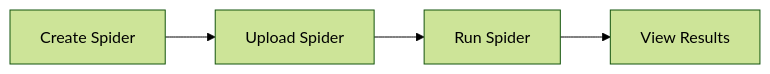
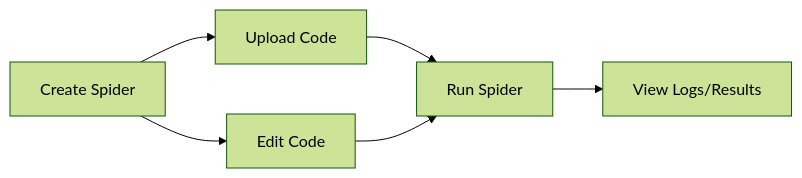
One commit to crawlab-team/crawlab-docs changed the first of 2 diagrams in packages/v0.7/docs/guides/spider/index.md. Above: the diagram before and after it, drawn with Mermaid (forest theme). The commit also changed other lines of this file and 3 other files, not shown here.

````diff
--- a/packages/v0.7/docs/guides/spider/index.md
+++ b/packages/v0.7/docs/guides/spider/index.md
@@ -20,6 +20,13 @@
 ```mermaid
 graph LR
-  A[Create Spider] --> B[Upload Spider]
-  B --> C[Run Spider]
-  C --> D[View Results]
+    A[Create Spider]
+    B1[Upload Code]
+    B2[Edit Code]
+    C[Run Spider]
+    D[View Logs/Results]
+    A --> B1
+    A --> B2
+    B1 --> C
+    B2 --> C
+    C --> D
 ```
````
